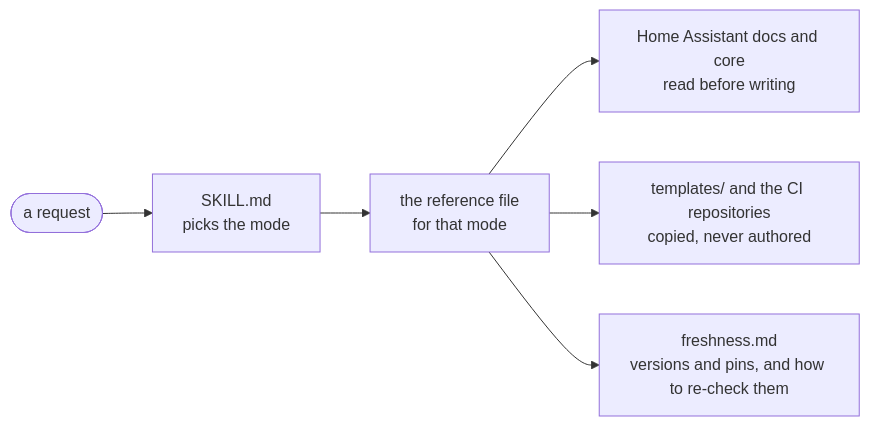
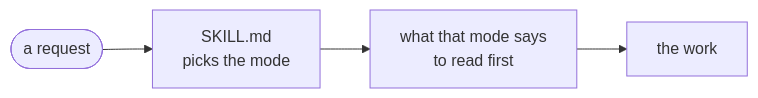
The diagram in README.md (PineappleEmperor/ha-skills), drawn with Mermaid before and after one commit. The commit also changed other lines of this file, not shown here.

Commit message:
docs: keep the README's claims to what holds everywhere

````diff
--- a/README.md
+++ b/README.md
@@ -29,8 +29,6 @@
 ```mermaid
 flowchart LR
     request([a request]) --> router["SKILL.md<br/>picks the mode"]
-    router --> file["the reference file<br/>for that mode"]
-    file --> docs["Home Assistant docs and core<br/>read before writing"]
-    file --> copies["templates/ and the CI repositories<br/>copied, never authored"]
-    file --> ledger["freshness.md<br/>versions and pins, and how to re-check them"]
+    router --> read["what that mode says<br/>to read first"]
+    read --> act["the work"]
 ```
````
